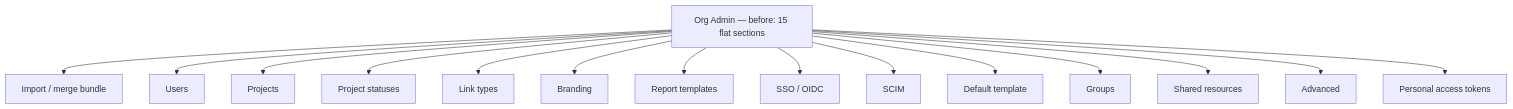
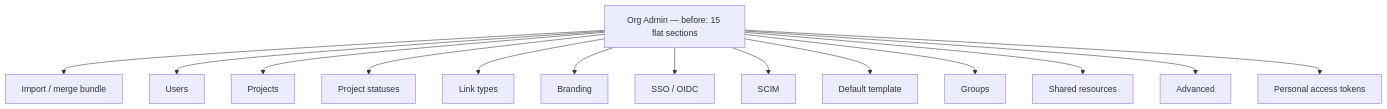
Before and after one commit to ballardr/reqtrackmanager: the second of 27 diagrams in docs/ux-style-guide.md, drawn with Mermaid. The commit also changed other lines of this file and 174 other files, not shown here.

````diff
--- a/docs/ux-style-guide.md
+++ b/docs/ux-style-guide.md
@@ -66,17 +66,16 @@
 ```mermaid
 flowchart TD
   Root["Org Admin — before: 15 flat sections"] --> S1["Import / merge bundle"]
   Root --> S2["Users"]
   Root --> S3["Projects"]
   Root --> S4["Project statuses"]
   Root --> S5["Link types"]
   Root --> S6["Branding"]
-  Root --> S8["Report templates"]
   Root --> S9["SSO / OIDC"]
   Root --> S10["SCIM"]
   Root --> S11["Default template"]
   Root --> S12["Groups"]
   Root --> S13["Shared resources"]
   Root --> S14["Advanced"]
   Root --> S15["Personal access tokens"]
 ```
````
